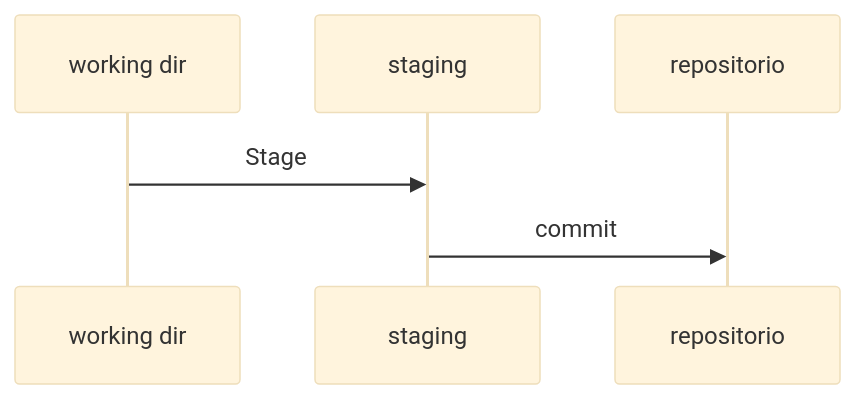
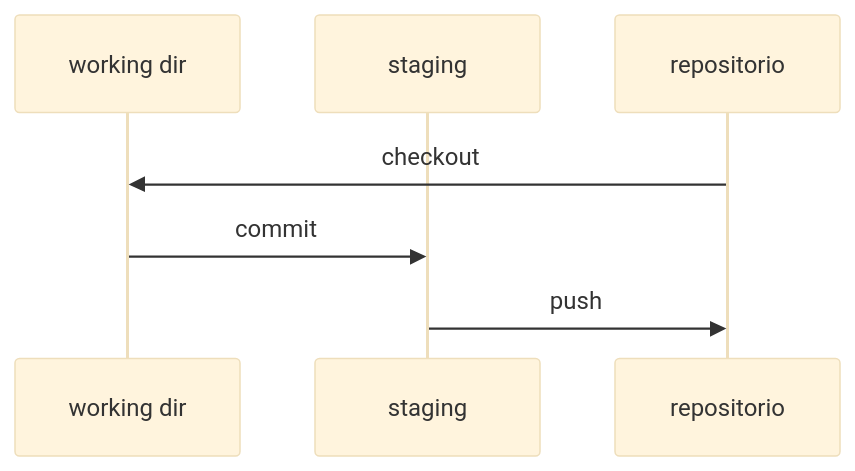
Before and after one commit to danielzamo/Introduction-to-git: the diagram in README.md, drawn with Mermaid (base theme).

````diff
--- a/README.md
+++ b/README.md
@@ -45,8 +45,9 @@
 ```mermaid
 sequenceDiagram
     participant working dir
     participant staging
     participant repositorio
-    working dir->>staging: Stage
-    staging->>repositorio: commit
+    repositorio->>working dir: checkout
+    working dir->>staging: commit
+    staging->>repositorio: push
 ```
````
